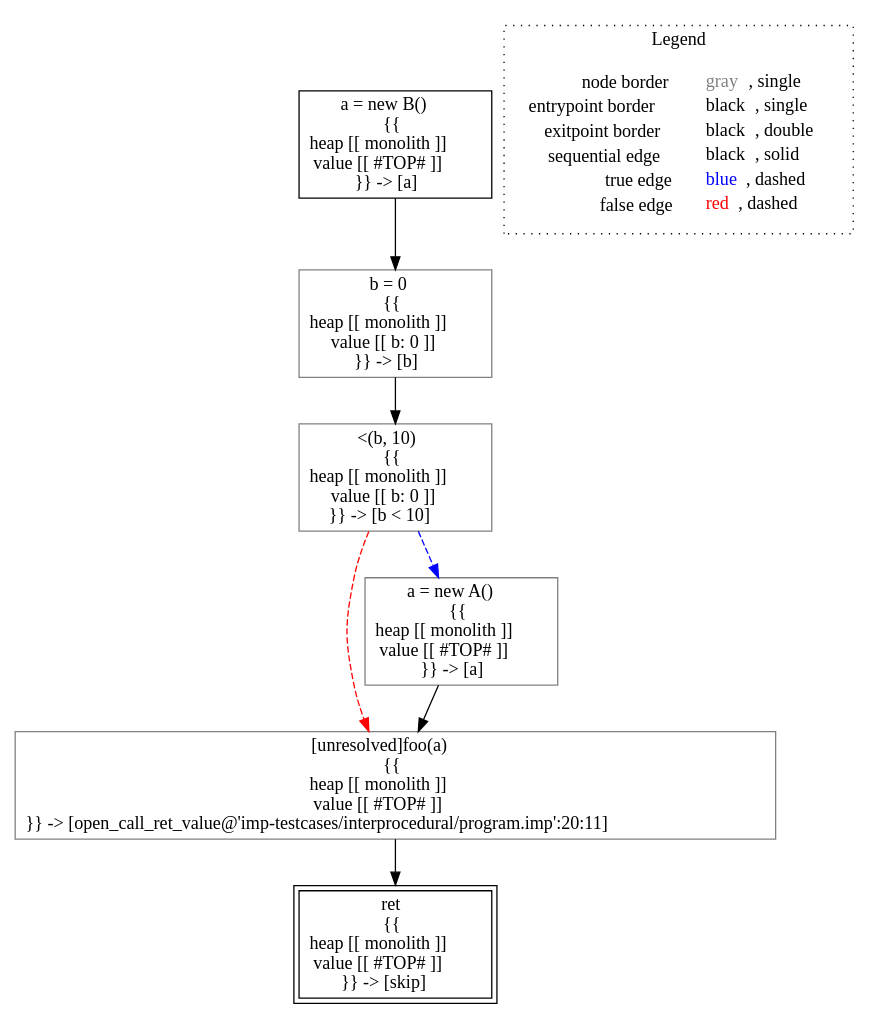
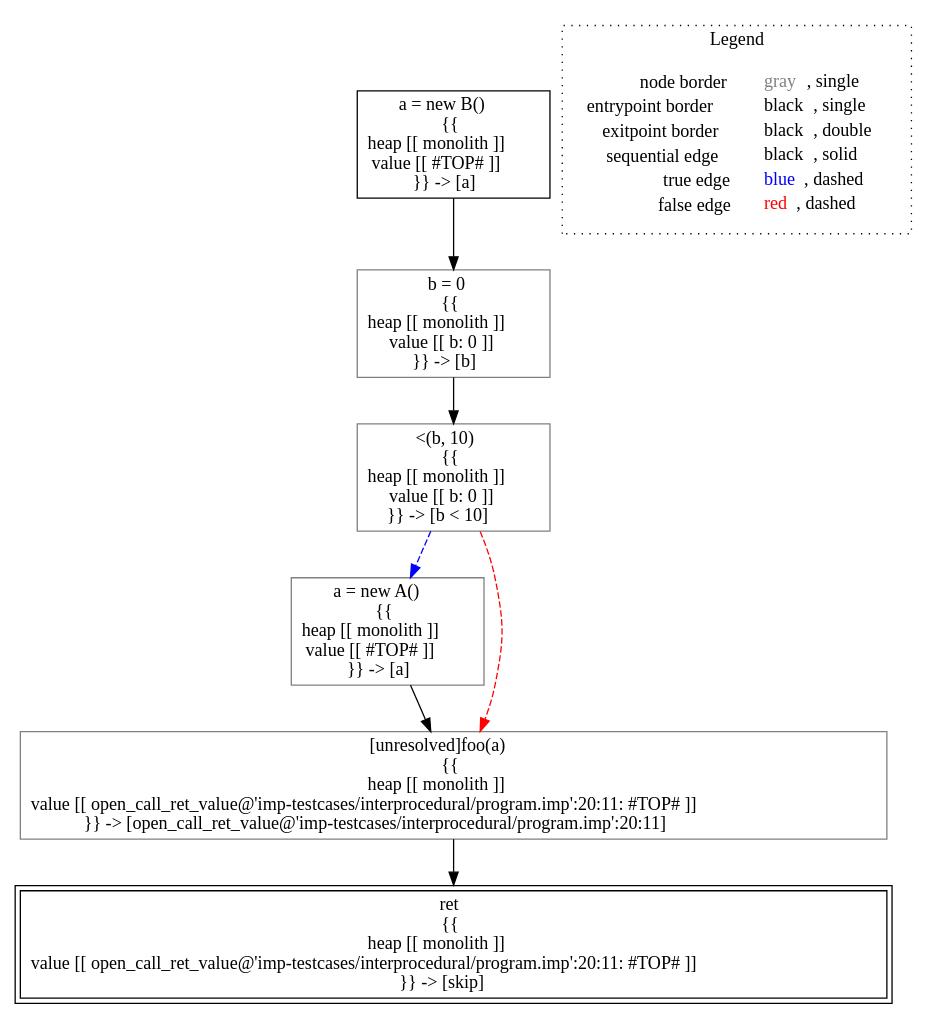
The diagram in lisa/lisa-core/imp-testcases/interprocedural/RTA/analysis___untyped_tests.subtyping(tests_this).dot (lisa-analyzer/lisa), drawn with Graphviz before and after one commit. The commit also changed 2 other files, not shown here.

```diff
--- a/lisa/lisa-core/imp-testcases/interprocedural/RTA/analysis___untyped_tests.subtyping(tests_this).dot
+++ b/lisa/lisa-core/imp-testcases/interprocedural/RTA/analysis___untyped_tests.subtyping(tests_this).dot
@@ -1,21 +1,21 @@
 digraph {
 	"node0" [shape="rect",color="black",label=<a = new B()<BR/>{{<BR/>heap [[ monolith ]]<BR/>value [[ #TOP# ]]<BR/>}} -&gt; [a]>];
-	"node1" [shape="rect",color="black",peripheries="2",label=<ret<BR/>{{<BR/>heap [[ monolith ]]<BR/>value [[ #TOP# ]]<BR/>}} -&gt; [skip]>];
-	"node2" [shape="rect",color="gray",label=<[unresolved]foo(a)<BR/>{{<BR/>heap [[ monolith ]]<BR/>value [[ #TOP# ]]<BR/>}} -&gt; [open_call_ret_value@'imp-testcases/interprocedural/program.imp':20:11]>];
+	"node1" [shape="rect",color="gray",label=<&lt;(b, 10)<BR/>{{<BR/>heap [[ monolith ]]<BR/>value [[ b: 0 ]]<BR/>}} -&gt; [b &lt; 10]>];
+	"node2" [shape="rect",color="gray",label=<a = new A()<BR/>{{<BR/>heap [[ monolith ]]<BR/>value [[ #TOP# ]]<BR/>}} -&gt; [a]>];
 	"node3" [shape="rect",color="gray",label=<b = 0<BR/>{{<BR/>heap [[ monolith ]]<BR/>value [[ b: 0 ]]<BR/>}} -&gt; [b]>];
-	"node4" [shape="rect",color="gray",label=<&lt;(b, 10)<BR/>{{<BR/>heap [[ monolith ]]<BR/>value [[ b: 0 ]]<BR/>}} -&gt; [b &lt; 10]>];
-	"node5" [shape="rect",color="gray",label=<a = new A()<BR/>{{<BR/>heap [[ monolith ]]<BR/>value [[ #TOP# ]]<BR/>}} -&gt; [a]>];
+	"node4" [shape="rect",color="black",peripheries="2",label=<ret<BR/>{{<BR/>heap [[ monolith ]]<BR/>value [[ open_call_ret_value@'imp-testcases/interprocedural/program.imp':20:11: #TOP# ]]<BR/>}} -&gt; [skip]>];
+	"node5" [shape="rect",color="gray",label=<[unresolved]foo(a)<BR/>{{<BR/>heap [[ monolith ]]<BR/>value [[ open_call_ret_value@'imp-testcases/interprocedural/program.imp':20:11: #TOP# ]]<BR/>}} -&gt; [open_call_ret_value@'imp-testcases/interprocedural/program.imp':20:11]>];
+	"node1" -> "node2" [color="blue",style="dashed"];
+	"node1" -> "node5" [color="red",style="dashed"];
+	"node2" -> "node5" [color="black"];
+	"node3" -> "node1" [color="black"];
+	"node5" -> "node4" [color="black"];
 	"node0" -> "node3" [color="black"];
-	"node2" -> "node1" [color="black"];
-	"node3" -> "node4" [color="black"];
-	"node4" -> "node2" [color="red",style="dashed"];
-	"node4" -> "node5" [color="blue",style="dashed"];
-	"node5" -> "node2" [color="black"];
 subgraph cluster_legend {
 	label="Legend";
 	style=dotted;
 	node [shape=plaintext];
 	"legend" [label=<<table border="0" cellpadding="2" cellspacing="0" cellborder="0"><tr><td align="right">node border&nbsp;</td><td align="left"><font color="gray">gray</font>, single</td></tr><tr><td align="right">entrypoint border&nbsp;</td><td align="left"><font color="black">black</font>, single</td></tr><tr><td align="right">exitpoint border&nbsp;</td><td align="left"><font color="black">black</font>, double</td></tr><tr><td align="right">sequential edge&nbsp;</td><td align="left"><font color="black">black</font>, solid</td></tr><tr><td align="right">true edge&nbsp;</td><td align="left"><font color="blue">blue</font>, dashed</td></tr><tr><td align="right">false edge&nbsp;</td><td align="left"><font color="red">red</font>, dashed</td></tr></table>>];
 }
 
 }
```
